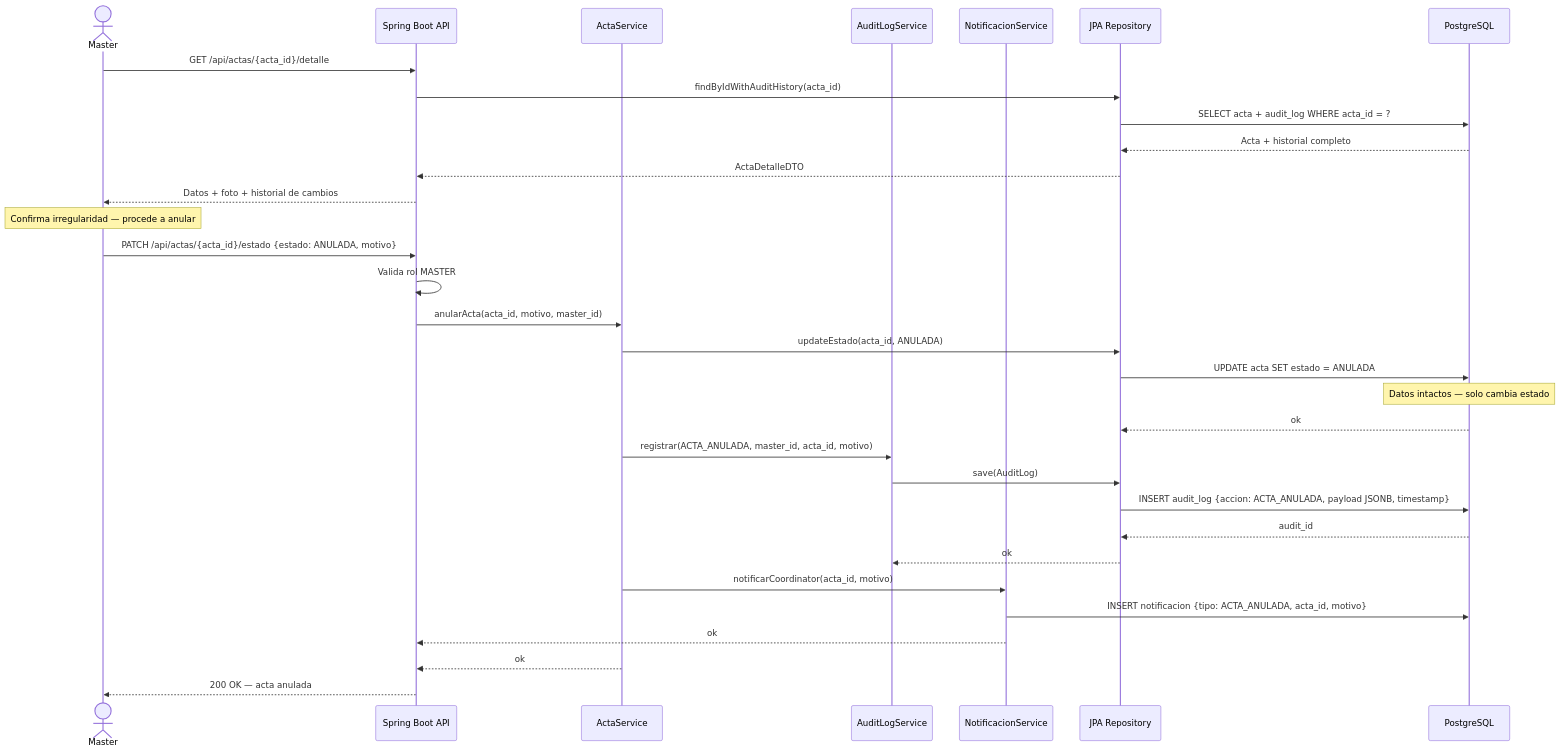
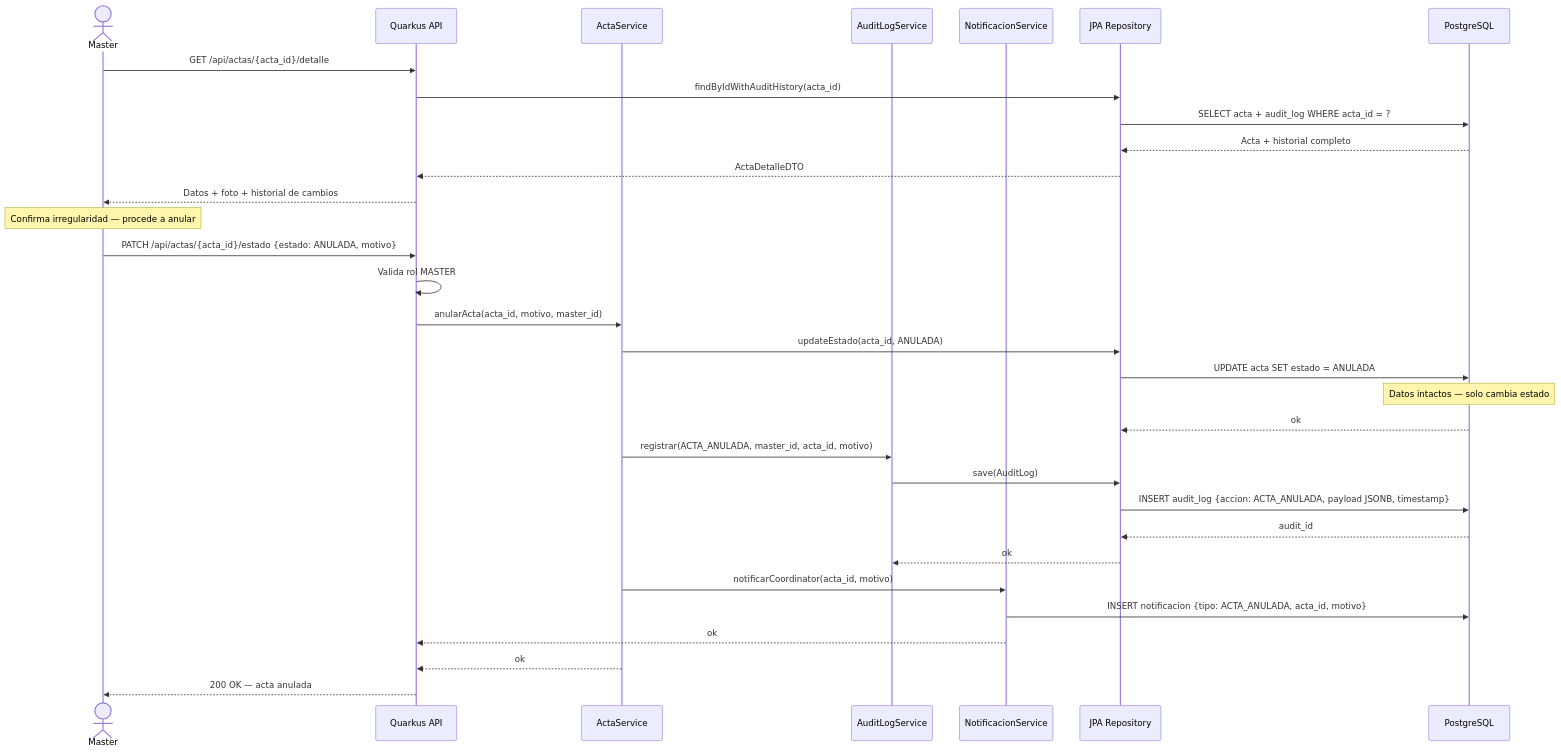
The diagram in documents/diagram/secuencias/12-anulacion-acta.md (Brydyan/Control-s-Elector), drawn with Mermaid before and after one commit. The commit also changed 46 other files, not shown here.

````diff
--- a/documents/diagram/secuencias/12-anulacion-acta.md
+++ b/documents/diagram/secuencias/12-anulacion-acta.md
@@ -10,41 +10,41 @@
 ```mermaid
 sequenceDiagram
     actor MASTER as Master
-    participant API as Spring Boot API
+    participant API as Quarkus API
     participant SVC as ActaService
     participant AUDIT as AuditLogService
     participant NOTIF as NotificacionService
     participant JPA as JPA Repository
     participant PG as PostgreSQL
 
     MASTER->>API: GET /api/actas/{acta_id}/detalle
     API->>JPA: findByIdWithAuditHistory(acta_id)
     JPA->>PG: SELECT acta + audit_log WHERE acta_id = ?
     PG-->>JPA: Acta + historial completo
     JPA-->>API: ActaDetalleDTO
     API-->>MASTER: Datos + foto + historial de cambios
 
     Note over MASTER: Confirma irregularidad — procede a anular
 
     MASTER->>API: PATCH /api/actas/{acta_id}/estado {estado: ANULADA, motivo}
     API->>API: Valida rol MASTER
     API->>SVC: anularActa(acta_id, motivo, master_id)
 
     SVC->>JPA: updateEstado(acta_id, ANULADA)
     JPA->>PG: UPDATE acta SET estado = ANULADA
     Note over PG: Datos intactos — solo cambia estado
     PG-->>JPA: ok
 
     SVC->>AUDIT: registrar(ACTA_ANULADA, master_id, acta_id, motivo)
     AUDIT->>JPA: save(AuditLog)
     JPA->>PG: INSERT audit_log {accion: ACTA_ANULADA, payload JSONB, timestamp}
     PG-->>JPA: audit_id
     JPA-->>AUDIT: ok
 
     SVC->>NOTIF: notificarCoordinator(acta_id, motivo)
     NOTIF->>PG: INSERT notificacion {tipo: ACTA_ANULADA, acta_id, motivo}
     NOTIF-->>API: ok
 
     SVC-->>API: ok
     API-->>MASTER: 200 OK — acta anulada
 ```
````
